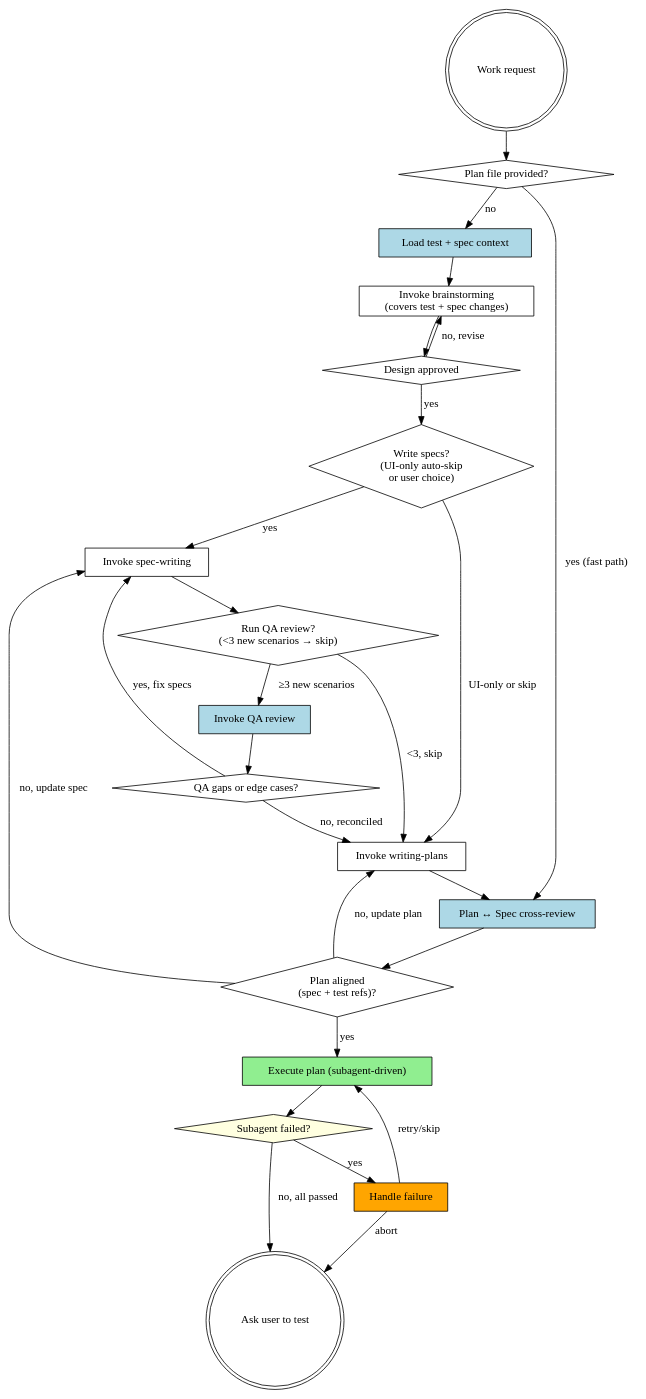
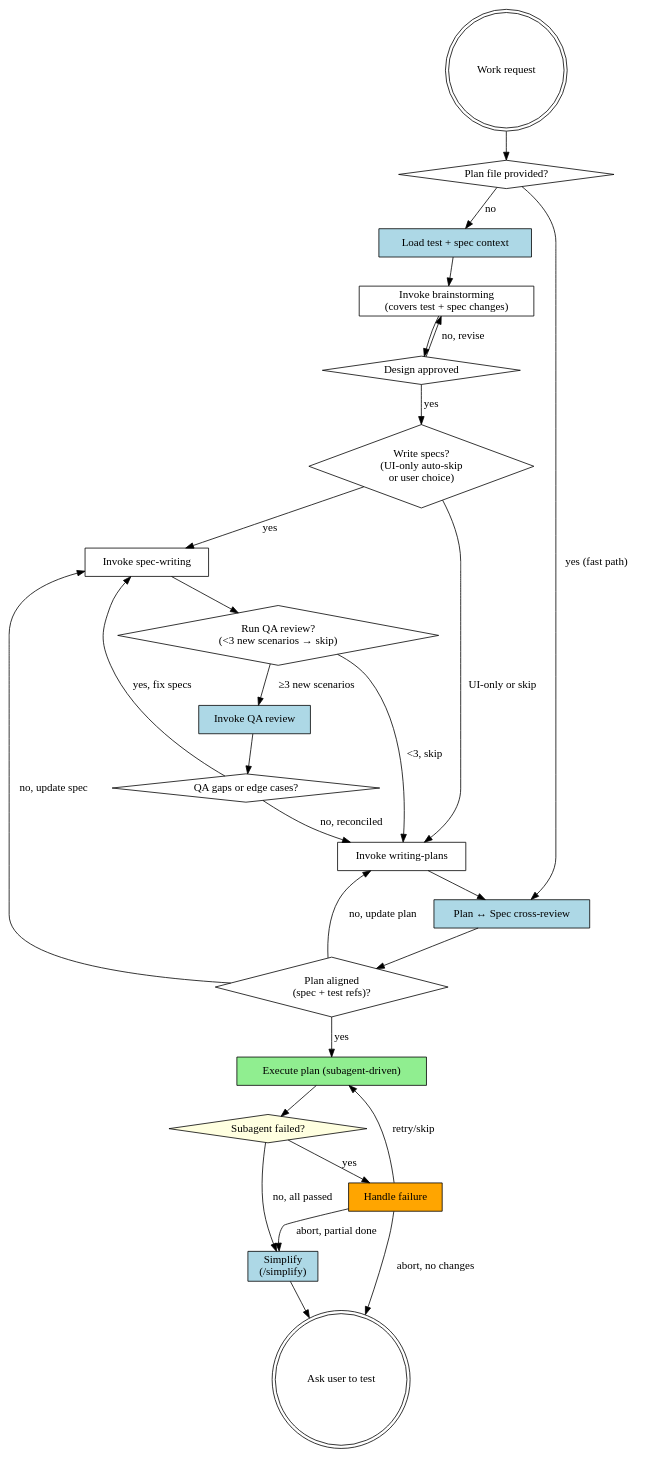
Before and after one commit to pandaworks-software-plt/pandahrms-skills: the diagram in skills/forge/SKILL.md, drawn with Graphviz. The commit also changed other lines of this file and 1 other file, not shown here.

First line of the commit message:
feat(forge): run /simplify after Execute plan

````diff
--- a/skills/forge/SKILL.md
+++ b/skills/forge/SKILL.md
@@ -108,47 +108,50 @@
 ```dot
 digraph pipeline {
     "Work request" [shape=doublecircle];
     "Plan file provided?" [shape=diamond];
     "Load test + spec context" [shape=box, style=filled, fillcolor=lightblue];
     "Invoke brainstorming\n(covers test + spec changes)" [shape=box];
     "Design approved" [shape=diamond];
     "Write specs?\n(UI-only auto-skip\nor user choice)" [shape=diamond];
     "Invoke spec-writing" [shape=box];
     "Run QA review?\n(<3 new scenarios → skip)" [shape=diamond];
     "Invoke QA review" [shape=box, style=filled, fillcolor=lightblue];
     "QA gaps or edge cases?" [shape=diamond];
     "Invoke writing-plans" [shape=box];
     "Plan ↔ Spec cross-review" [shape=box, style=filled, fillcolor=lightblue];
     "Plan aligned\n(spec + test refs)?" [shape=diamond];
     "Execute plan (subagent-driven)" [shape=box, style=filled, fillcolor=lightgreen];
     "Subagent failed?" [shape=diamond, style=filled, fillcolor=lightyellow];
     "Handle failure" [shape=box, style=filled, fillcolor=orange];
+    "Simplify\n(/simplify)" [shape=box, style=filled, fillcolor=lightblue];
     "Ask user to test" [shape=doublecircle];
 
     "Work request" -> "Plan file provided?";
     "Plan file provided?" -> "Plan ↔ Spec cross-review" [label="yes (fast path)"];
     "Plan file provided?" -> "Load test + spec context" [label="no"];
     "Load test + spec context" -> "Invoke brainstorming\n(covers test + spec changes)";
     "Invoke brainstorming\n(covers test + spec changes)" -> "Design approved";
     "Design approved" -> "Invoke brainstorming\n(covers test + spec changes)" [label="no, revise"];
     "Design approved" -> "Write specs?\n(UI-only auto-skip\nor user choice)" [label="yes"];
     "Write specs?\n(UI-only auto-skip\nor user choice)" -> "Invoke spec-writing" [label="yes"];
     "Write specs?\n(UI-only auto-skip\nor user choice)" -> "Invoke writing-plans" [label="UI-only or skip"];
     "Invoke spec-writing" -> "Run QA review?\n(<3 new scenarios → skip)";
     "Run QA review?\n(<3 new scenarios → skip)" -> "Invoke QA review" [label="≥3 new scenarios"];
     "Run QA review?\n(<3 new scenarios → skip)" -> "Invoke writing-plans" [label="<3, skip"];
     "Invoke QA review" -> "QA gaps or edge cases?";
     "QA gaps or edge cases?" -> "Invoke spec-writing" [label="yes, fix specs"];
     "QA gaps or edge cases?" -> "Invoke writing-plans" [label="no, reconciled"];
     "Invoke writing-plans" -> "Plan ↔ Spec cross-review";
     "Plan ↔ Spec cross-review" -> "Plan aligned\n(spec + test refs)?";
     "Plan aligned\n(spec + test refs)?" -> "Invoke writing-plans" [label="no, update plan"];
     "Plan aligned\n(spec + test refs)?" -> "Invoke spec-writing" [label="no, update spec"];
     "Plan aligned\n(spec + test refs)?" -> "Execute plan (subagent-driven)" [label="yes"];
     "Execute plan (subagent-driven)" -> "Subagent failed?";
     "Subagent failed?" -> "Handle failure" [label="yes"];
     "Handle failure" -> "Execute plan (subagent-driven)" [label="retry/skip"];
-    "Handle failure" -> "Ask user to test" [label="abort"];
-    "Subagent failed?" -> "Ask user to test" [label="no, all passed"];
+    "Handle failure" -> "Ask user to test" [label="abort, no changes"];
+    "Handle failure" -> "Simplify\n(/simplify)" [label="abort, partial done"];
+    "Subagent failed?" -> "Simplify\n(/simplify)" [label="no, all passed"];
+    "Simplify\n(/simplify)" -> "Ask user to test";
 }
 ```
````
